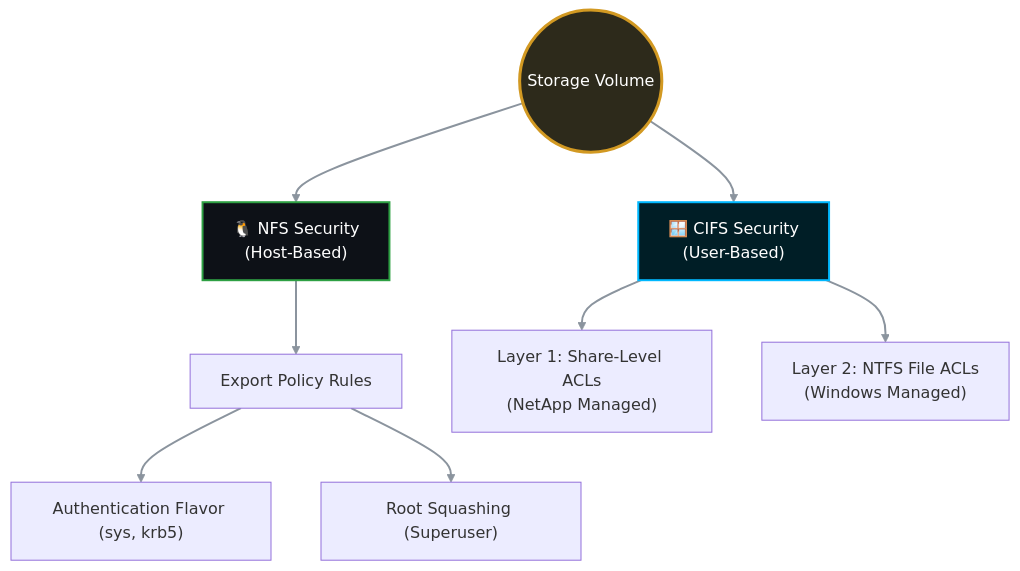
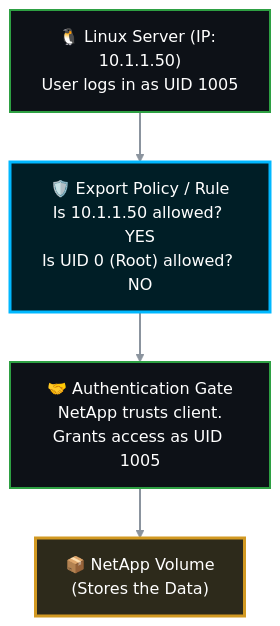
One commit to sulthansharief-ks/SAN-NAS_Central changed the diagram in NetApp/NFS/permissions.md. Above: the diagram before and after it, drawn with Mermaid. The commit also changed other lines of this file, not shown here.

````diff
--- a/NetApp/NFS/permissions.md
+++ b/NetApp/NFS/permissions.md
@@ -21,24 +27,16 @@
 ```mermaid
 graph TD
-    %% --- Dark Mode Theme Definitions ---
     classDef nfs fill:#0d1117,stroke:#2ea043,stroke-width:2px,color:#fff
-    classDef cifs fill:#001e26,stroke:#00b8ff,stroke-width:2px,color:#fff
+    classDef export fill:#001e26,stroke:#00b8ff,stroke-width:3px,color:#fff
     classDef core fill:#2d2a1b,stroke:#d29922,stroke-width:3px,color:#fff
 
-    Start((Storage Volume)):::core
+    Vol["📦 NetApp Volume<br/>(Stores the Data)"]:::core
 
-    NFS_Layer["🐧 NFS Security<br/>(Host-Based)"]:::nfs
-    CIFS_Layer["🪟 CIFS Security<br/>(User-Based)"]:::cifs
-
-    Start --> NFS_Layer
-    Start --> CIFS_Layer
-
-    NFS_Layer --> N_EP["Export Policy Rules"]
-    N_EP --> N_Auth["Authentication Flavor (sys, krb5)"]
-    N_EP --> N_Squash["Root Squashing (Superuser)"]
-
-    CIFS_Layer --> C_Share["Layer 1: Share-Level ACLs<br/>(NetApp Managed)"]
-    CIFS_Layer --> C_NTFS["Layer 2: NTFS File ACLs<br/>(Windows Managed)"]
+    Linux["🐧 Linux Server (IP: 10.1.1.50)<br/>User logs in as UID 1005"]:::nfs
+    Export["🛡️ Export Policy / Rule<br/>Is 10.1.1.50 allowed? YES<br/>Is UID 0 (Root) allowed? NO"]:::export
+    Trust["🤝 Authentication Gate<br/>NetApp trusts client.<br/>Grants access as UID 1005"]:::nfs
     
-    linkStyle 0,1,2,3,4,5,6 stroke:#8b949e,stroke-width:2px
+    Linux --> Export --> Trust --> Vol
+    
+    linkStyle 0,1,2 stroke:#8b949e,stroke-width:2px
 ```
````
